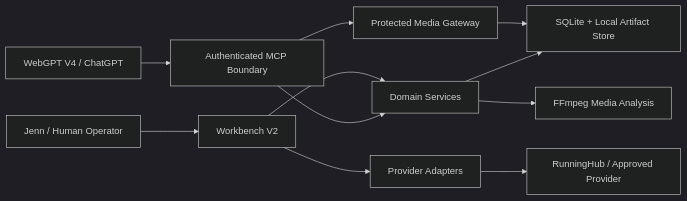
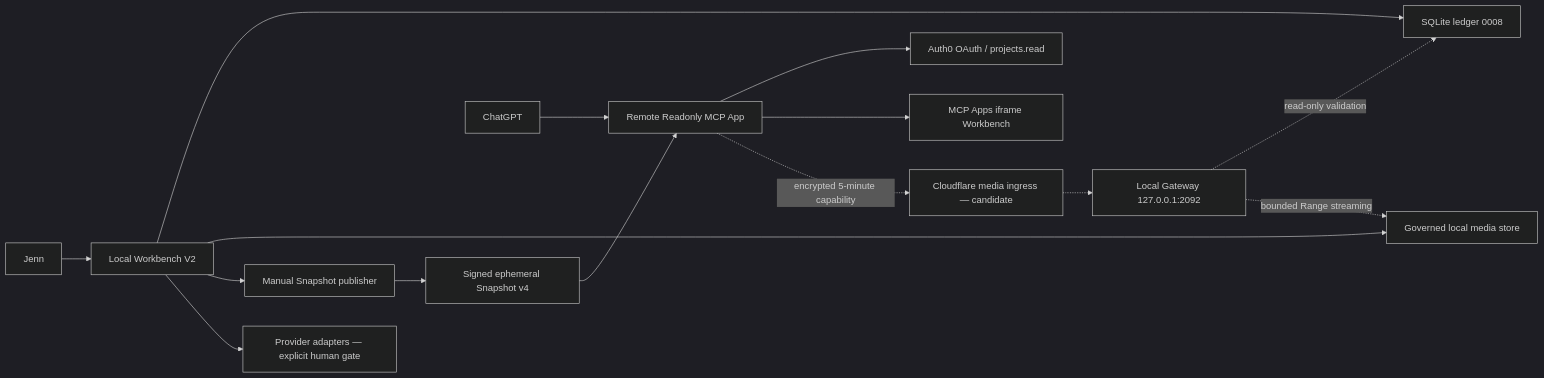
Before and after one commit to JENN2046/AI-Video-Production-Local-Bridge: the diagram in docs/ARCHITECTURE.md, drawn with Mermaid (dark theme). The commit also changed other lines of this file and 16 other files, not shown here.

````diff
--- a/docs/ARCHITECTURE.md
+++ b/docs/ARCHITECTURE.md
@@ -5,13 +8,17 @@
 ```mermaid
 flowchart LR
-    J["Jenn / Human Operator"] --> W["Workbench V2"]
-    G["WebGPT V4 / ChatGPT"] --> M["Authenticated MCP Boundary"]
-    M --> D["Domain Services"]
-    W --> D
-    D --> S["SQLite + Local Artifact Store"]
-    W --> P["Provider Adapters"]
-    P --> X["RunningHub / Approved Provider"]
-    D --> F["FFmpeg Media Analysis"]
-    M --> Q["Protected Media Gateway"]
-    Q --> S
+    J["Jenn"] --> W["Local Workbench V2"]
+    W --> DB["SQLite ledger 0008"]
+    W --> FS["Governed local media store"]
+    W --> PA["Manual Snapshot publisher"]
+    PA --> SS["Signed ephemeral Snapshot v4"]
+    SS --> RM["Remote Readonly MCP App"]
+    C["ChatGPT"] --> RM
+    RM --> AU["Auth0 OAuth / projects.read"]
+    RM --> UI["MCP Apps iframe Workbench"]
+    RM -. "encrypted 5-minute capability" .-> CF["Cloudflare media ingress — candidate"]
+    CF -.-> GW["Local Gateway 127.0.0.1:2092"]
+    GW -. "read-only validation" .-> DB
+    GW -. "bounded Range streaming" .-> FS
+    W --> PR["Provider adapters — explicit human gate"]
 ```
````
